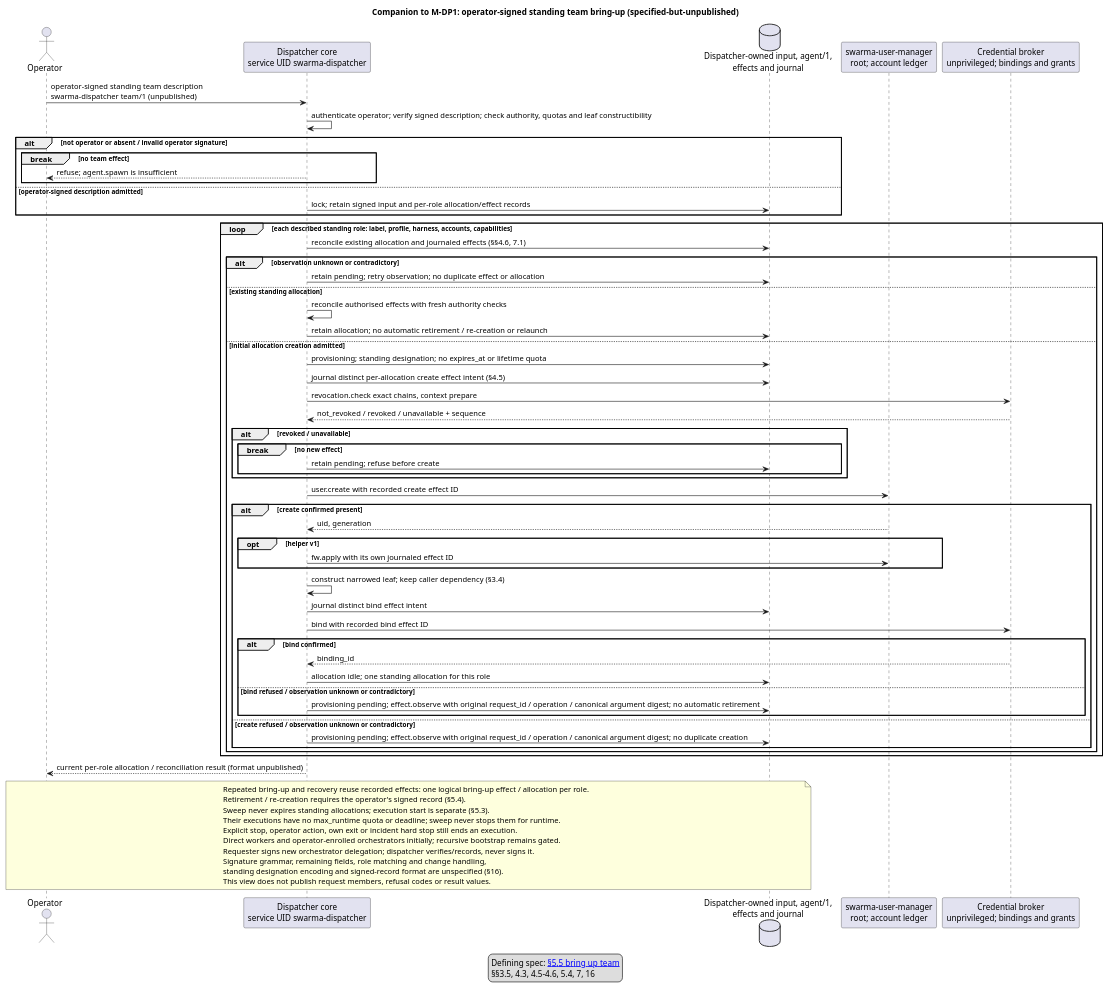
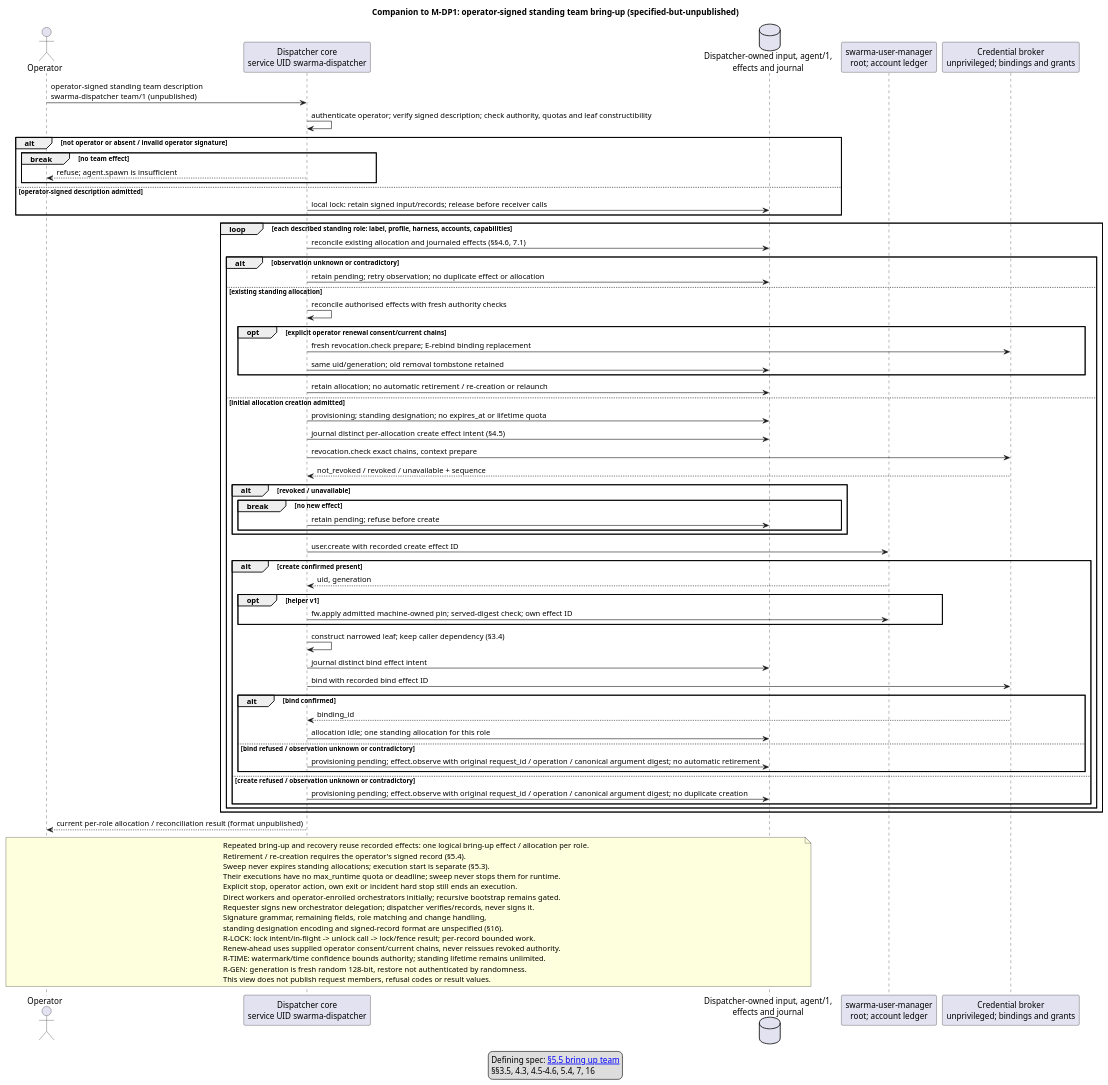
Before and after one commit to relux-works/curator-dispatcher: the diagram in diagrams/bring-up-team.puml, drawn with PlantUML. The commit also changed 10 other files, not shown here.

```diff
--- a/diagrams/bring-up-team.puml
+++ b/diagrams/bring-up-team.puml
@@ -1,71 +1,79 @@
 @startuml bring-up-team
 title Companion to M-DP1: operator-signed standing team bring-up (specified-but-unpublished)
 actor "Operator" as O
 participant "Dispatcher core\nservice UID swarma-dispatcher" as D
 database "Dispatcher-owned input, agent/1,\neffects and journal" as J
 participant "swarma-user-manager\nroot; account ledger" as H
 participant "Credential broker\nunprivileged; bindings and grants" as B
 O -> D : operator-signed standing team description\nswarma-dispatcher team/1 (unpublished)
 D -> D : authenticate operator; verify signed description; check authority, quotas and leaf constructibility
 alt not operator or absent / invalid operator signature
   break no team effect
     D --> O : refuse; agent.spawn is insufficient
   end
 else operator-signed description admitted
-  D -> J : lock; retain signed input and per-role allocation/effect records
+  D -> J : local lock: retain signed input/records; release before receiver calls
 end
 loop each described standing role: label, profile, harness, accounts, capabilities
   D -> J : reconcile existing allocation and journaled effects (§§4.6, 7.1)
   alt observation unknown or contradictory
     D -> J : retain pending; retry observation; no duplicate effect or allocation
   else existing standing allocation
     D -> D : reconcile authorised effects with fresh authority checks
+    opt explicit operator renewal consent/current chains
+      D -> B : fresh revocation.check prepare; E-rebind binding replacement
+      D -> J : same uid/generation; old removal tombstone retained
+    end
     D -> J : retain allocation; no automatic retirement / re-creation or relaunch
   else initial allocation creation admitted
     D -> J : provisioning; standing designation; no expires_at or lifetime quota
     D -> J : journal distinct per-allocation create effect intent (§4.5)
     D -> B : revocation.check exact chains, context prepare
     B --> D : not_revoked / revoked / unavailable + sequence
     alt revoked / unavailable
       break no new effect
         D -> J : retain pending; refuse before create
       end
     end
     D -> H : user.create with recorded create effect ID
     alt create confirmed present
       H --> D : uid, generation
       opt helper v1
-        D -> H : fw.apply with its own journaled effect ID
+        D -> H : fw.apply admitted machine-owned pin; served-digest check; own effect ID
       end
       D -> D : construct narrowed leaf; keep caller dependency (§3.4)
       D -> J : journal distinct bind effect intent
       D -> B : bind with recorded bind effect ID
       alt bind confirmed
         B --> D : binding_id
         D -> J : allocation idle; one standing allocation for this role
       else bind refused / observation unknown or contradictory
         D -> J : provisioning pending; effect.observe with original request_id / operation / canonical argument digest; no automatic retirement
       end
     else create refused / observation unknown or contradictory
       D -> J : provisioning pending; effect.observe with original request_id / operation / canonical argument digest; no duplicate creation
     end
   end
 end
 D --> O : current per-role allocation / reconciliation result (format unpublished)
 note over O,J
   Repeated bring-up and recovery reuse recorded effects: one logical bring-up effect / allocation per role.
   Retirement / re-creation requires the operator's signed record (§5.4).
   Sweep never expires standing allocations; execution start is separate (§5.3).
   Their executions have no max_runtime quota or deadline; sweep never stops them for runtime.
   Explicit stop, operator action, own exit or incident hard stop still ends an execution.
   Direct workers and operator-enrolled orchestrators initially; recursive bootstrap remains gated.
   Requester signs new orchestrator delegation; dispatcher verifies/records, never signs it.
   Signature grammar, remaining fields, role matching and change handling,
   standing designation encoding and signed-record format are unspecified (§16).
+  R-LOCK: lock intent/in-flight -> unlock call -> lock/fence result; per-record bounded work.
+  Renew-ahead uses supplied operator consent/current chains, never reissues revoked authority.
+  R-TIME: watermark/time confidence bounds authority; standing lifetime remains unlimited.
+  R-GEN: generation is fresh random 128-bit, restore not authenticated by randomness.
   This view does not publish request members, refusal codes or result values.
 end note
 legend
   Defining spec: [[https://github.com/relux-works/swarma-dispatcher/blob/main/spec/dispatcher.md#55-bring-up-team-specified-but-unpublished §5.5 bring up team]]
   §§3.5, 4.3, 4.5–4.6, 5.4, 7, 16
 endlegend
 @enduml
```
